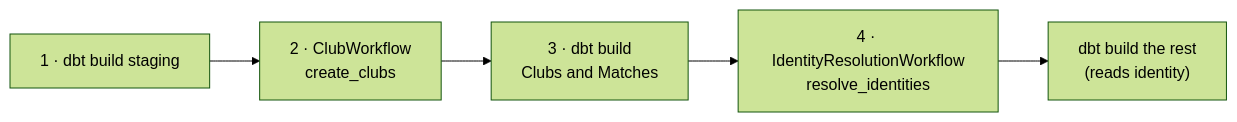
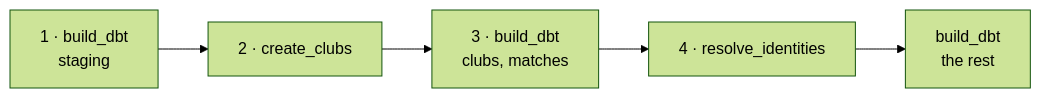
Before and after one commit to felipeall/football-data-ai-platform: the seventh of 7 diagrams in docs/temporal.md, drawn with Mermaid (forest theme). The commit also changed other lines of this file and 13 other files, not shown here.

````diff
--- a/docs/temporal.md
+++ b/docs/temporal.md
@@ -283,7 +275,7 @@
 ```mermaid
 flowchart LR
-    A["1 · dbt build staging"] --> B["2 · ClubWorkflow<br/>create_clubs"]
-    B --> C["3 · dbt build<br/>Clubs and Matches"]
-    C --> D["4 · IdentityResolutionWorkflow<br/>resolve_identities"]
-    D --> E["dbt build the rest<br/>(reads identity)"]
+    A["1 · build_dbt<br/>staging"] --> B["2 · create_clubs"]
+    B --> C["3 · build_dbt<br/>clubs, matches"]
+    C --> D["4 · resolve_identities"]
+    D --> E["build_dbt<br/>the rest"]
 ```
````
